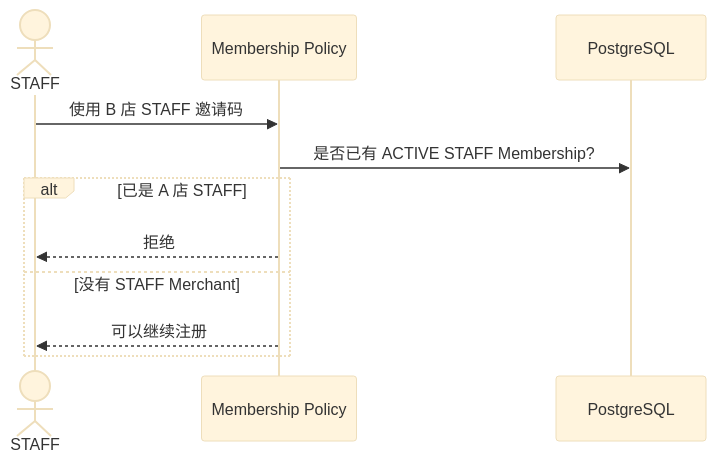
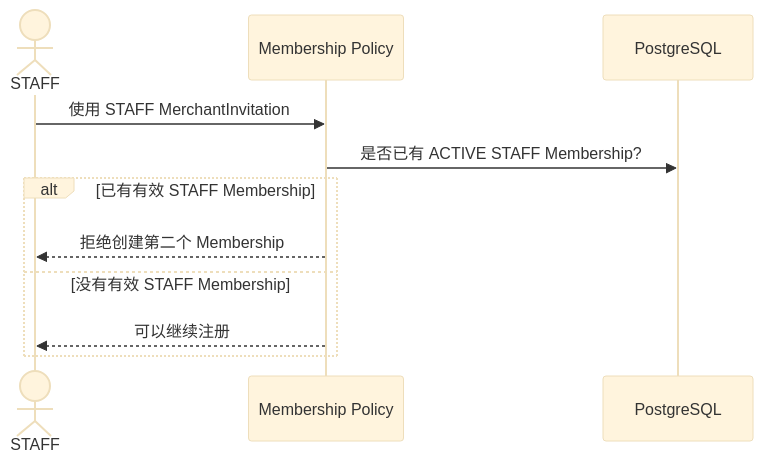
Diagram 11 of 13 in docs/system-design/01-账户与身份/01-注册与邀请码.md (sxyq/mastergoods), drawn with Mermaid (base theme) before and after one commit. The commit also changed other lines of this file and 10 other files, not shown here.

````diff
--- a/docs/system-design/01-账户与身份/01-注册与邀请码.md
+++ b/docs/system-design/01-账户与身份/01-注册与邀请码.md
@@ -476,15 +429,15 @@
 ```mermaid
 sequenceDiagram
     actor S as STAFF
     participant IAM as Membership Policy
     participant DB as PostgreSQL
 
-    S->>IAM: 使用 B 店 STAFF 邀请码
+    S->>IAM: 使用 STAFF MerchantInvitation
     IAM->>DB: 是否已有 ACTIVE STAFF Membership?
 
-    alt 已是 A 店 STAFF
-        IAM-->>S: 拒绝
-    else 没有 STAFF Merchant
+    alt 已有有效 STAFF Membership
+        IAM-->>S: 拒绝创建第二个 Membership
+    else 没有有效 STAFF Membership
         IAM-->>S: 可以继续注册
     end
 ```
````
